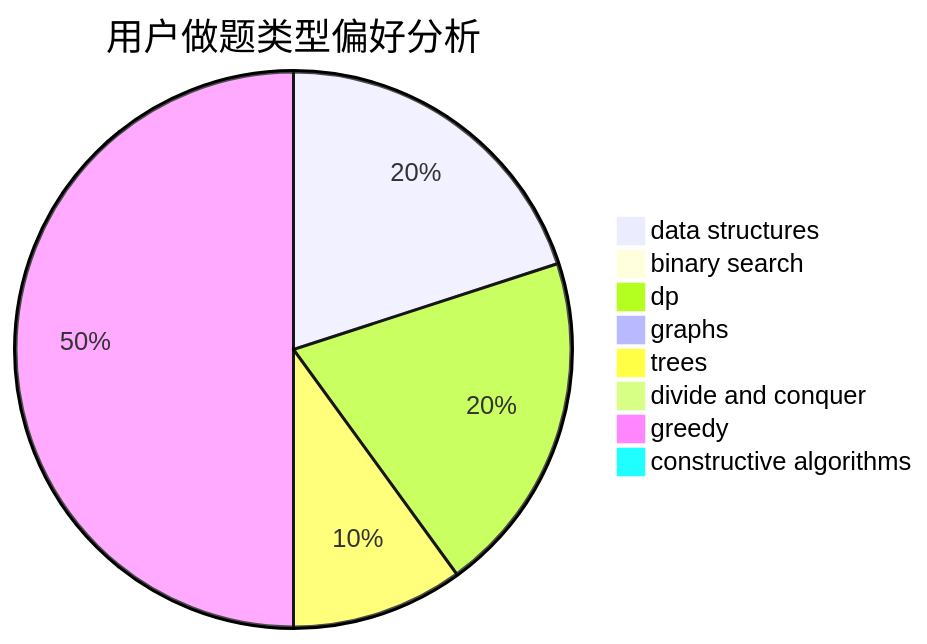
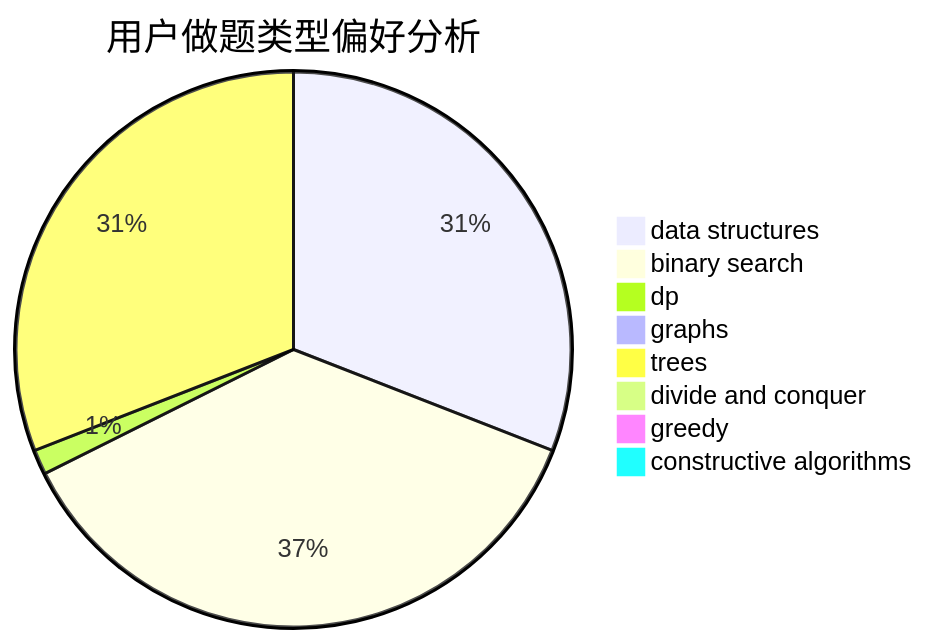
Before and after one commit to sherpahu/cfrs.github.io: the second of 3 diagrams in docs/user/u775.md, drawn with Mermaid. The commit also changed other lines of this file and 2770 other files, not shown here.

````diff
--- a/docs/user/u775.md
+++ b/docs/user/u775.md
@@ -23,11 +23,11 @@
 ```mermaid
 pie title 用户做题类型偏好分析
-    "data structures" :  4
-    "binary search" :  0
-    "dp" :  4
+    "data structures" :  64
+    "binary search" :  76
+    "dp" :  3
     "graphs" :  0
-    "trees" :  2
+    "trees" :  64
     "divide and conquer" :  0
-    "greedy" :  10
+    "greedy" :  0
     "constructive algorithms" :  0
 ```
````
